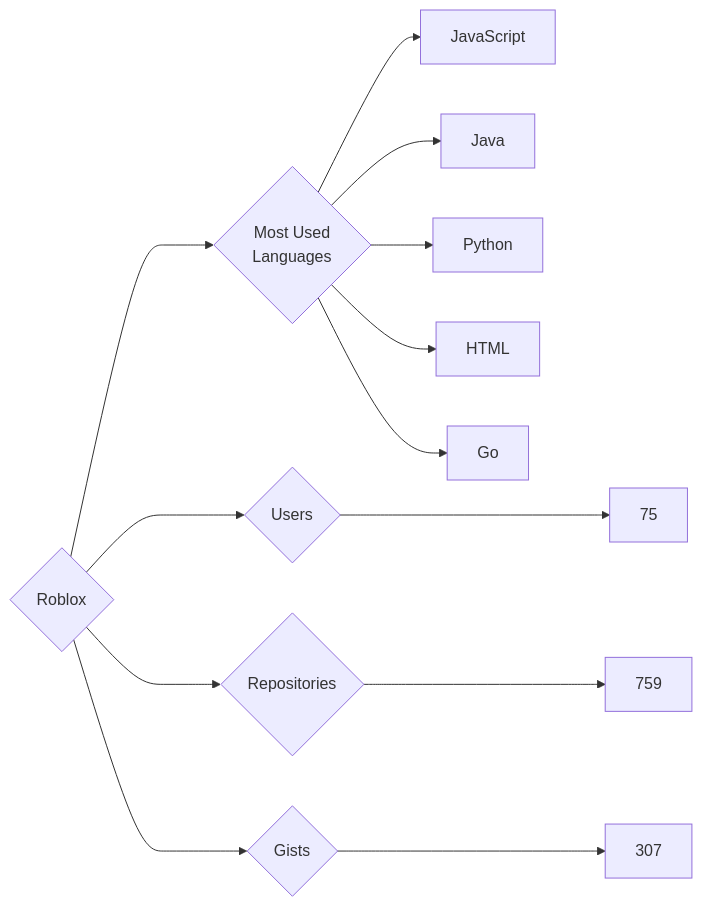
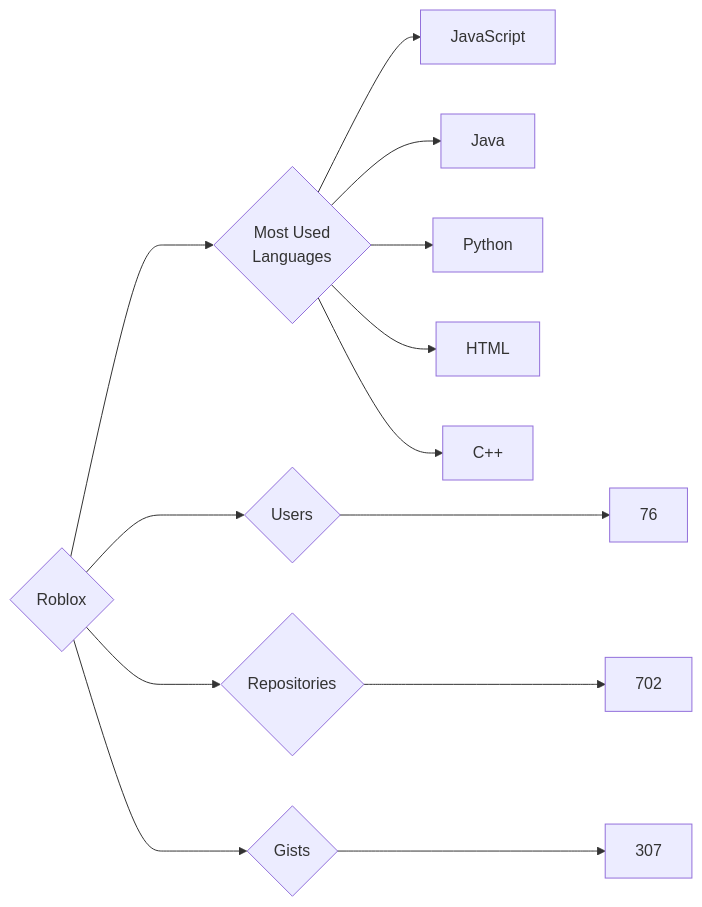
One commit to trickest/insiders changed the diagram in targets/Roblox/README.md. Above: the diagram before and after it, drawn with Mermaid. The commit also changed 823 other files, not shown here.

````diff
--- a/targets/Roblox/README.md
+++ b/targets/Roblox/README.md
@@ -3,13 +3,13 @@
 ```mermaid
 graph LR
 COMPANY_NAME{Roblox}
-COMPANY_NAME ---> U{Users} ---> UN[75]
-COMPANY_NAME ---> R{Repositories} ---> RN[759]
+COMPANY_NAME ---> U{Users} ---> UN[76]
+COMPANY_NAME ---> R{Repositories} ---> RN[702]
 COMPANY_NAME ---> G{Gists} ---> GN[307]
 COMPANY_NAME ---> ML{Most Used<br>Languages}
 ML --> JavaScript[JavaScript]
 ML --> Java[Java]
 ML --> Python[Python]
 ML --> HTML[HTML]
-ML --> Go[Go]
+ML --> C++[C++]
 ```
````
